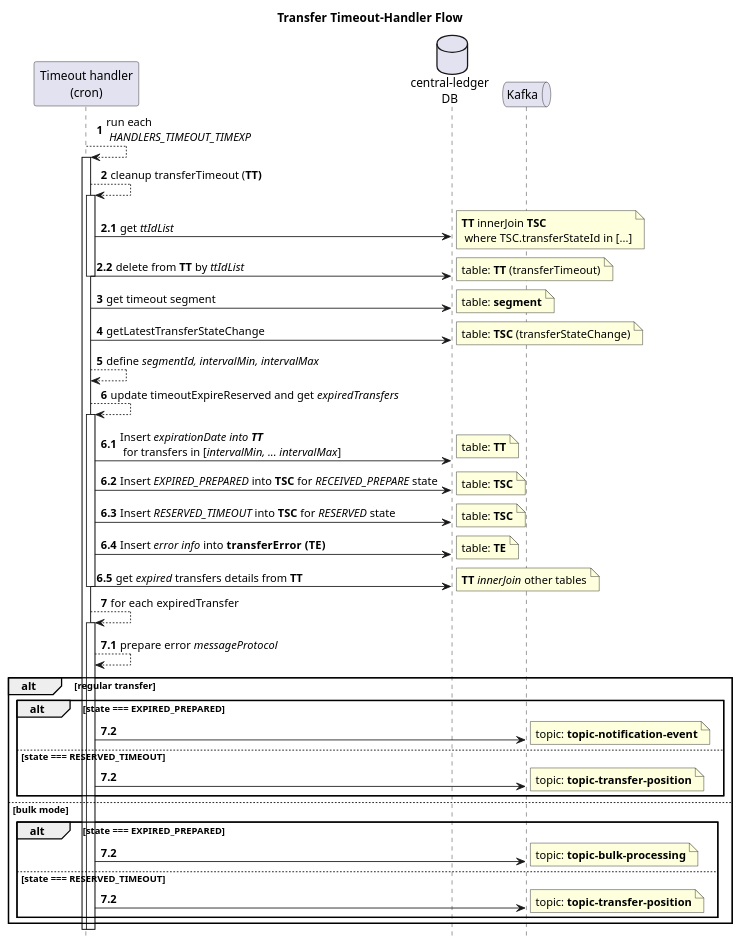
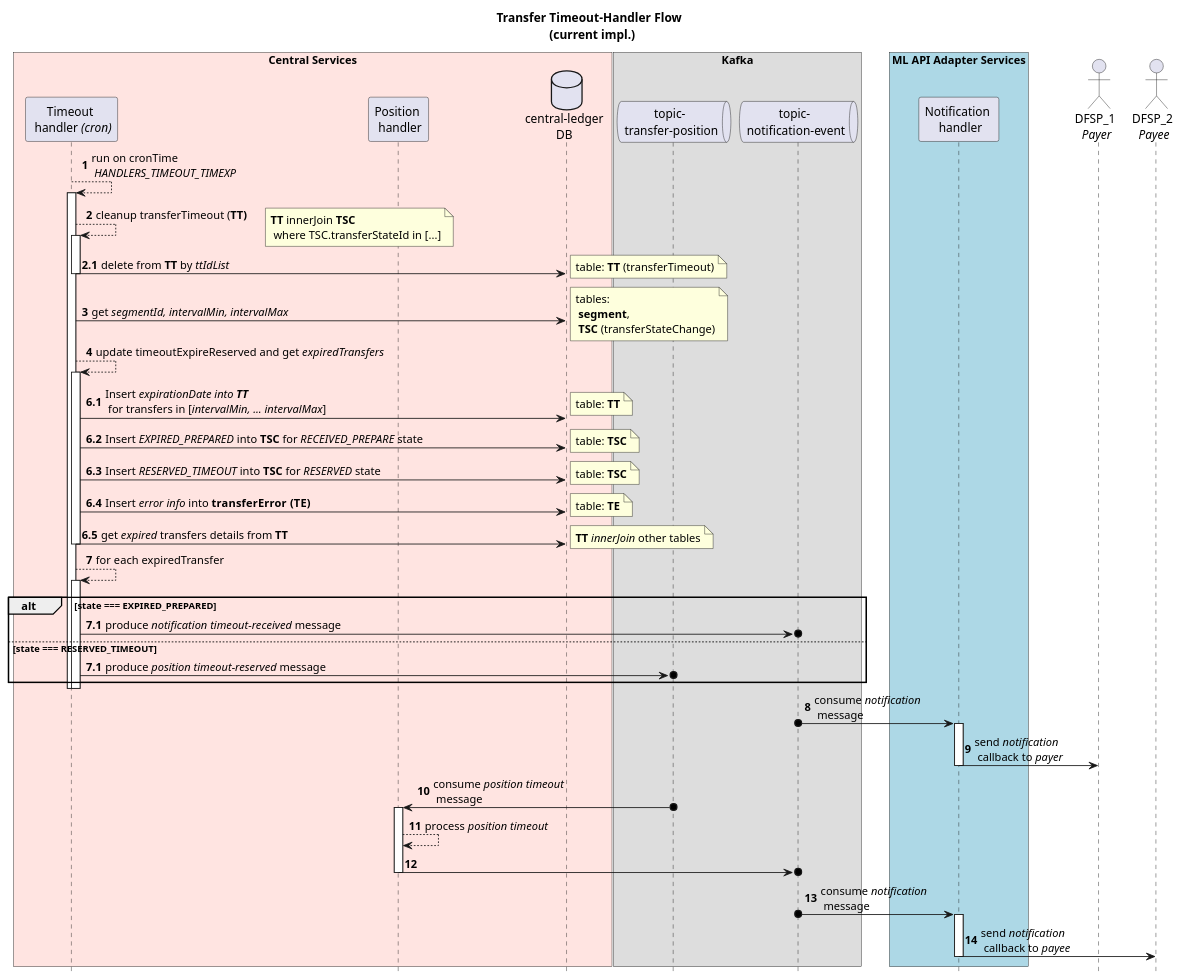
One commit to mojaloop/central-ledger changed the diagram in documentation/sequence-diagrams/Handler - timeout.plantuml. Above: the diagram before and after it, drawn with PlantUML. The commit also changed 5 other files, not shown here.

Commit message:
feat(mojaloop/#3818): added sequence diagram for FX timeout

```diff
--- a/documentation/sequence-diagrams/Handler - timeout.plantuml
+++ b/documentation/sequence-diagrams/Handler - timeout.plantuml
@@ -1,80 +1,81 @@
 @startuml
-title Transfer Timeout-Handler Flow
+title Transfer Timeout-Handler Flow  \n(current impl.)
 
 autonumber
 hide footbox
 skinparam ParticipantPadding 10
 
-participant "Timeout handler\n(cron)"   as toh
-database    "central-ledger\nDB"        as clDb
-queue       Kafka                       as kafka
+box "Central Services" #MistyRose
+participant "Timeout \n handler <i>(cron)</i>"      as toh
+participant "Position \n handler"                   as ph
+database    "central-ledger\nDB"                    as clDb
+end box
+box Kafka
+queue       "topic-\n transfer-position"            as topicTP
+queue       "topic-\n notification-event"           as topicNE
+end box
+box "ML API Adapter Services" #LightBlue
+participant "Notification \n handler"               as nh
+end box
+actor       "DFSP_1 \n<i>Payer</i>"                 as payer
+actor       "DFSP_2 \n<i>Payee</i>"                 as payee
 
-
-toh --> toh : run each\n <i>HANDLERS_TIMEOUT_TIMEXP</i>
+toh --> toh : run on cronTime\n <i>HANDLERS_TIMEOUT_TIMEXP</i>
 activate toh
-
 toh --> toh : cleanup transferTimeout (<b>TT<b>)
+note right : <b>TT</b> innerJoin <b>TSC</b>\n where TSC.transferStateId in [...]
 activate toh
 autonumber 2.1
-toh -> clDb : get <i>ttIdList</i>
-note right : <b>TT</b> innerJoin <b>TSC</b>\n where TSC.transferStateId in [...]
 toh -> clDb : delete from <b>TT</b> by <i>ttIdList</i>
-note right : table: <b>TT</b> (transferTimeout)
+note right :  table: <b>TT</b> (transferTimeout)
 deactivate toh
 
 autonumber 3
-toh -> clDb : get timeout segment
-note right : table: <b>segment</b>
+toh -> clDb : get <i>segmentId, intervalMin, intervalMax</i>
+note right : tables:\n <b>segment</b>,\n <b>TSC</b> (transferStateChange)
 
-toh -> clDb :  getLatestTransferStateChange
-note right : table: <b>TSC</b> (transferStateChange)
-
-toh --> toh : define <i>segmentId, intervalMin, intervalMax</i>
 toh --> toh : update timeoutExpireReserved and get <i>expiredTransfers</i>
 activate toh
 autonumber 6.1
 toh -> clDb : Insert <i>expirationDate<i> into <b>TT</b>\n for transfers in [<i>intervalMin, ... intervalMax</i>]
 note right : table: <b>TT</b>
 toh -> clDb : Insert <i>EXPIRED_PREPARED</i> into <b>TSC</b> for <i>RECEIVED_PREPARE</i> state
 note right : table: <b>TSC</b>
 toh -> clDb : Insert <i>RESERVED_TIMEOUT</i> into <b>TSC</b> for <i>RESERVED</i> state
 note right : table: <b>TSC</b>
 toh -> clDb : Insert <i>error info</i> into <b>transferError  (TE)</b>
 note right : table: <b>TE</b>
 toh -> clDb : get <i>expired</i> transfers details from <b>TT</b>
 note right : <b>TT</b> <i>innerJoin</i> other tables
 deactivate toh
 
 autonumber 7
 toh --> toh : for each expiredTransfer
 activate toh
+alt state === EXPIRED_PREPARED
 autonumber 7.1
-toh --> toh : prepare error <i>messageProtocol</i>
-alt regular transfer
-alt state === EXPIRED_PREPARED
-autonumber 7.2
-toh -> kafka
-note right : topic: <b>topic-notification-event</b>
+toh ->o topicNE : produce <i>notification timeout-received</i> message
 else state === RESERVED_TIMEOUT
-autonumber 7.2
-toh -> kafka
-note right : topic: <b>topic-transfer-position</b>
+autonumber 7.1
+toh ->o topicTP : produce <i>position timeout-reserved</i> message
 end
-else bulk mode
-alt state === EXPIRED_PREPARED
-autonumber 7.2
-toh -> kafka
-note right : topic: <b>topic-bulk-processing</b>
-else state === RESERVED_TIMEOUT
-autonumber 7.2
-toh -> kafka
-note right : topic: <b>topic-transfer-position</b>
-end
-
-end
-
+deactivate toh
 deactivate toh
 
-deactivate toh
+autonumber 8
+topicNE o-> nh : consume <i>notification</i>\n message
+activate nh
+nh -> payer : send <i>notification</i>\n callback to <i>payer</i>
+deactivate nh
+
+topicTP o-> ph : consume <i>position timeout</i>\n message
+activate ph
+ph --> ph : process <i>position timeout</i>
+ph ->o topicNE
+deactivate ph
+topicNE o-> nh : consume <i>notification</i>\n message
+activate nh
+nh -> payee : send <i>notification</i>\n callback to <i>payee</i>
+deactivate nh
 
 @enduml
```
